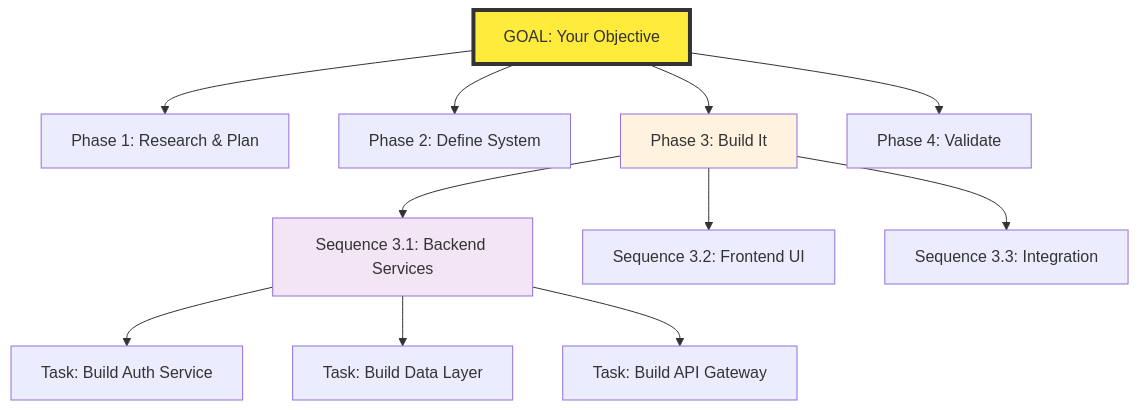
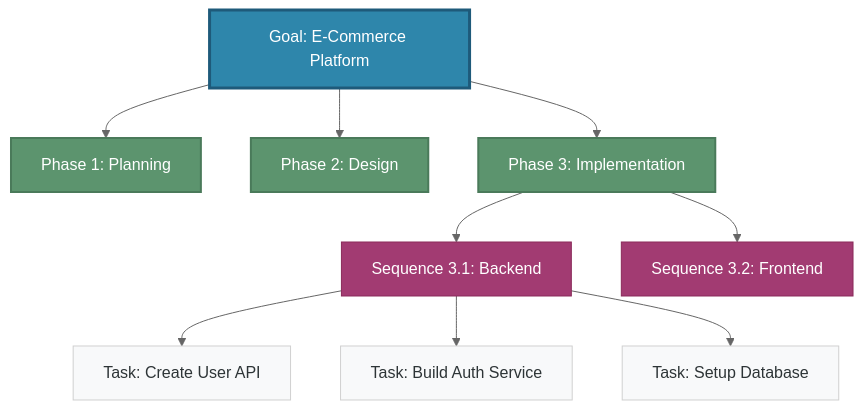
Before and after one commit to lancekrogers/festival-methodology: the second of 4 diagrams in README.md, drawn with Mermaid. The commit also changed other lines of this file, not shown here.

````diff
--- a/README.md
+++ b/README.md
@@ -101,21 +74,25 @@
 ```mermaid
+%%{init: {'theme':'neutral', 'themeVariables': { 'fontSize':'16px'}}}%%
 graph TD
-    G[GOAL: Your Objective]
-    
-    G --> P1[Phase 1: Research & Plan]
-    G --> P2[Phase 2: Define System]
-    G --> P3[Phase 3: Build It]
-    G --> P4[Phase 4: Validate]
-    
-    P3 --> S1[Sequence 3.1: Backend Services]
-    P3 --> S2[Sequence 3.2: Frontend UI]
-    P3 --> S3[Sequence 3.3: Integration]
-    
-    S1 --> T1[Task: Build Auth Service]
-    S1 --> T2[Task: Build Data Layer]
-    S1 --> T3[Task: Build API Gateway]
-    
-    style G fill:#ffeb3b,stroke:#333,stroke-width:4px
-    style P3 fill:#fff3e0
-    style S1 fill:#f3e5f5
+    G[Goal: E-Commerce Platform]
+    G --> P1[Phase 1: Planning]
+    G --> P2[Phase 2: Design]
+    G --> P3[Phase 3: Implementation]
+
+    P3 --> S1[Sequence 3.1: Backend]
+    P3 --> S2[Sequence 3.2: Frontend]
+
+    S1 --> T1[Task: Create User API]
+    S1 --> T2[Task: Build Auth Service]
+    S1 --> T3[Task: Setup Database]
+
+    classDef goalClass fill:#2E86AB,stroke:#1e5a7a,stroke-width:3px,color:#fff
+    classDef phaseClass fill:#5c946e,stroke:#4a7a5a,stroke-width:2px,color:#fff
+    classDef seqClass fill:#a23b72,stroke:#8a2a5a,stroke-width:1px,color:#fff
+    classDef taskClass fill:#f8f9fa,stroke:#d0d0d0,stroke-width:1px,color:#2d3436
+
+    class G goalClass
+    class P1,P2,P3 phaseClass
+    class S1,S2 seqClass
+    class T1,T2,T3 taskClass
 ```
````
